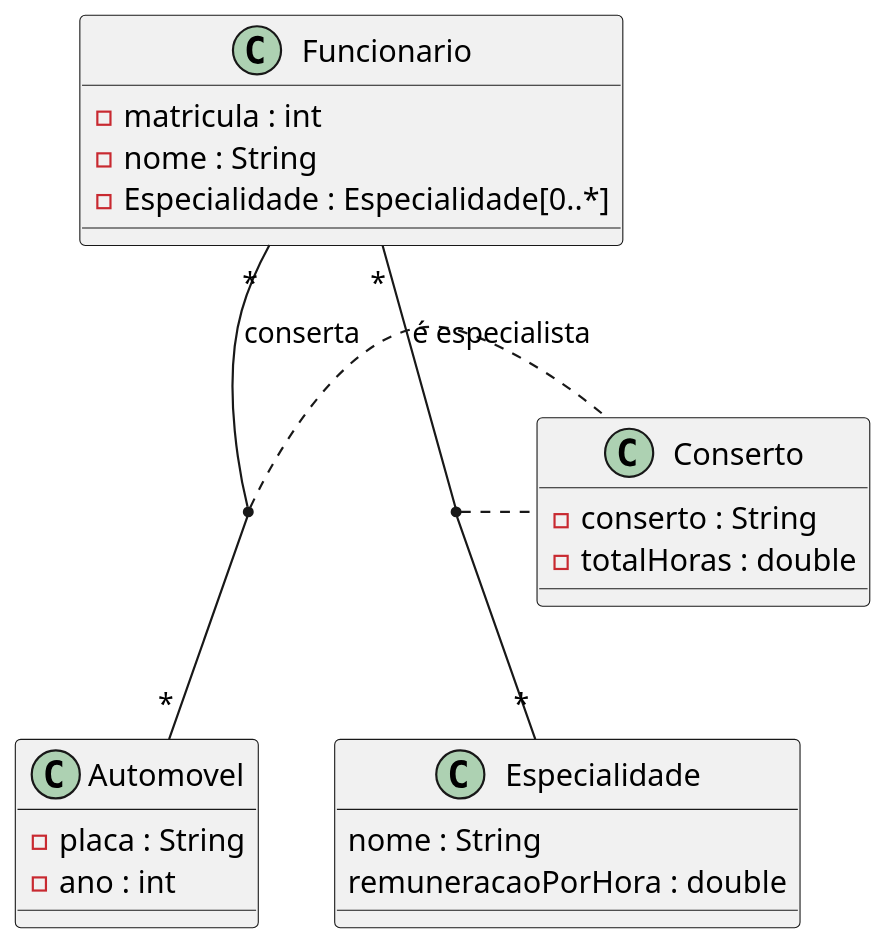
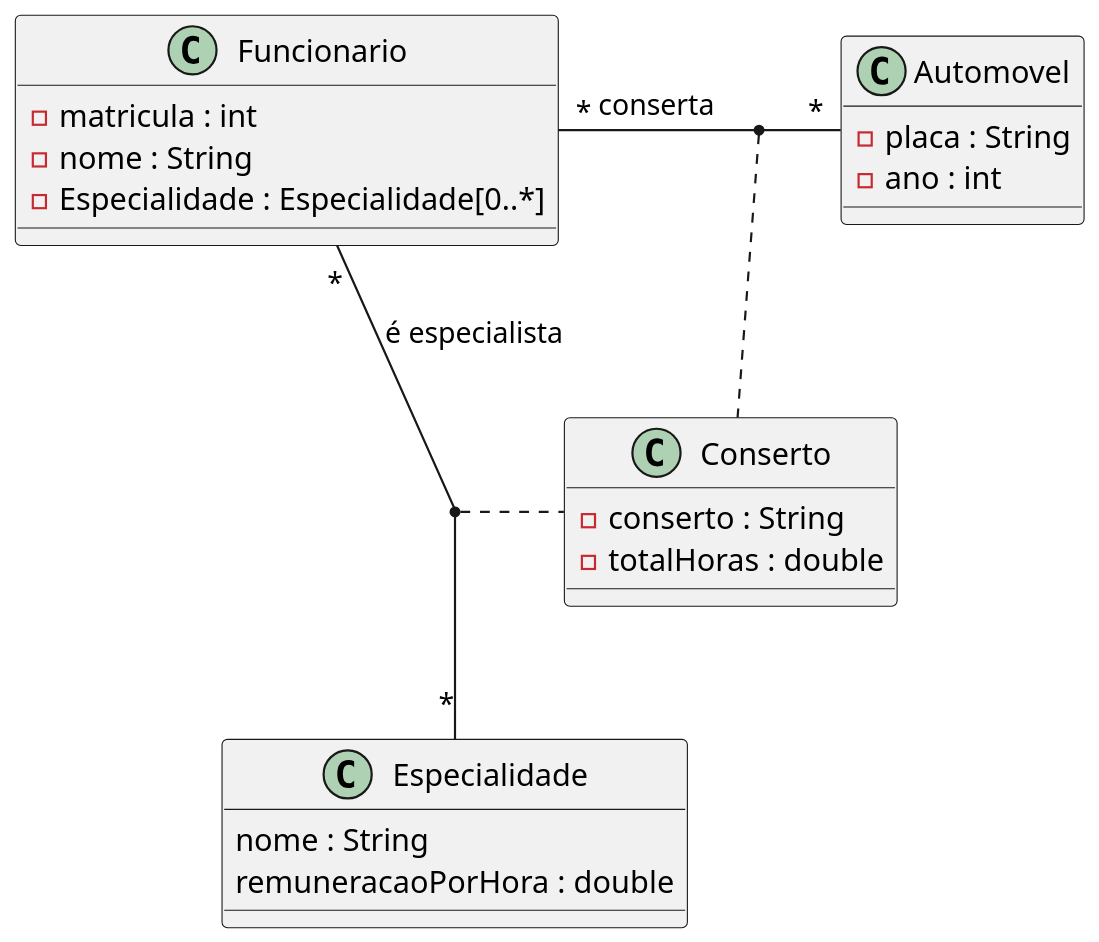
Before and after one commit to qxcodepoo/arcade: the diagram in base/044/conserto.puml, drawn with PlantUML. The commit also changed 83 other files, not shown here.

```diff
--- a/base/044/conserto.puml
+++ b/base/044/conserto.puml
@@ -1,32 +1,33 @@
 @startuml
 
 skinparam defaultFontName Hasklig
 skinparam dpi 150
 
-Funcionario "*" -- "*" Automovel : conserta
-Funcionario "*" -- "*" Especialidade : é especialista
+Funcionario "*" -right- "*" Automovel : conserta
+Funcionario "*" -down- "*" Especialidade : é especialista
+
 (Funcionario, Automovel) .. Conserto
 (Funcionario, Especialidade) .. Conserto
 
 class Conserto {
   - conserto : String
   - totalHoras : double
 }
 
 class Funcionario {
   - matricula : int
   - nome : String
   - Especialidade : Especialidade[0..*]
 }
 
 class Automovel {
   - placa : String
   - ano : int
 }
 
 class Especialidade {
   nome : String
   remuneracaoPorHora : double
 }
 
 @enduml
```
